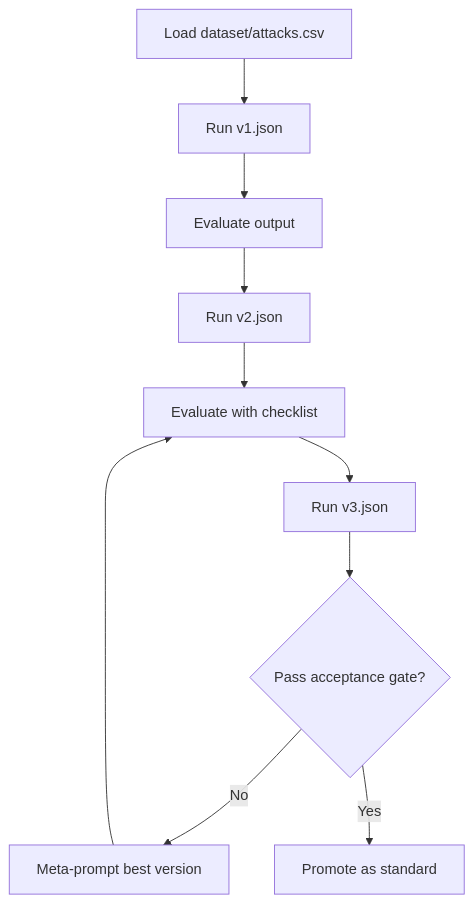
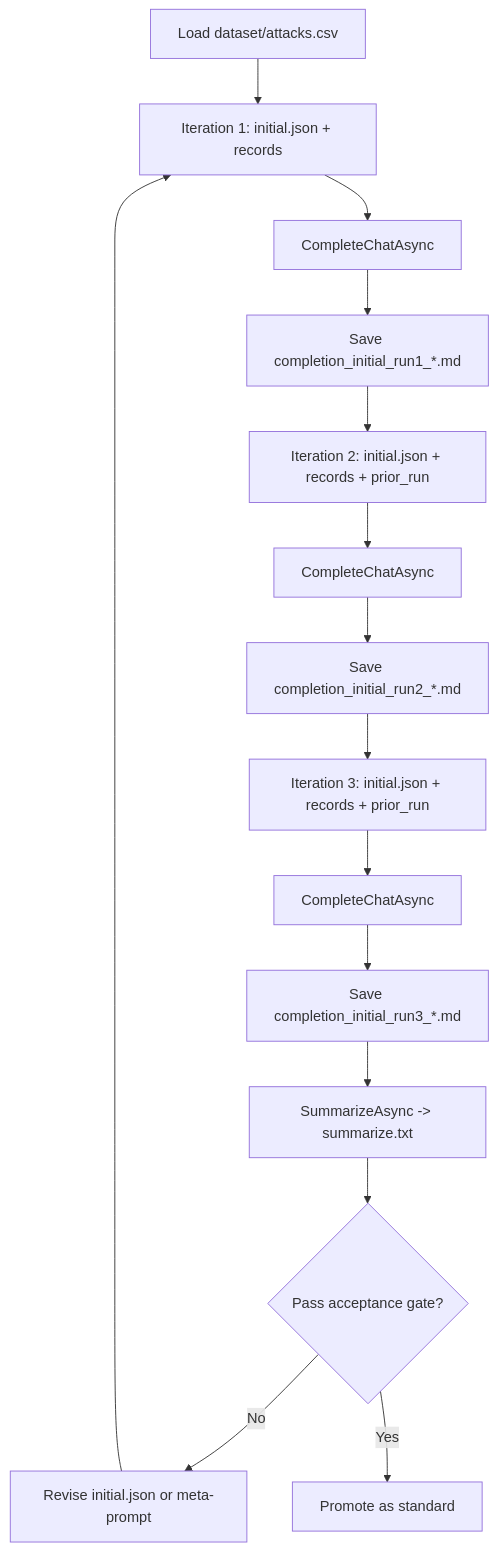
The diagram in README.md (AntonRyzhkou1988/prompt-engineering), drawn with Mermaid before and after one commit. The commit also changed other lines of this file and 12 other files, not shown here.

````diff
--- a/README.md
+++ b/README.md
@@ -111,12 +129,17 @@
 ```mermaid
 flowchart TD
-    A[Load dataset/attacks.csv] --> B[Run v1.json]
-    B --> C[Evaluate output]
-    C --> D[Run v2.json]
-    D --> E[Evaluate with checklist]
-    E --> F[Run v3.json]
-    F --> G{Pass acceptance gate?}
-    G -- No --> H[Meta-prompt best version]
-    H --> E
-    G -- Yes --> I[Promote as standard]
+    A["Load dataset/attacks.csv"] --> B["Iteration 1: initial.json + records"]
+    B --> C["CompleteChatAsync"]
+    C --> D["Save completion_initial_run1_*.md"]
+    D --> E["Iteration 2: initial.json + records + prior_run"]
+    E --> F["CompleteChatAsync"]
+    F --> G["Save completion_initial_run2_*.md"]
+    G --> H["Iteration 3: initial.json + records + prior_run"]
+    H --> I["CompleteChatAsync"]
+    I --> J["Save completion_initial_run3_*.md"]
+    J --> K["SummarizeAsync -> summarize.txt"]
+    K --> L{Pass acceptance gate?}
+    L -- No --> M["Revise initial.json or meta-prompt"]
+    M --> B
+    L -- Yes --> N["Promote as standard"]
 ```
````
